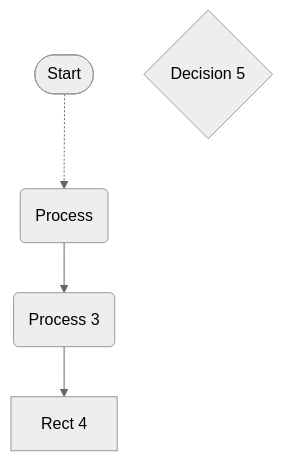
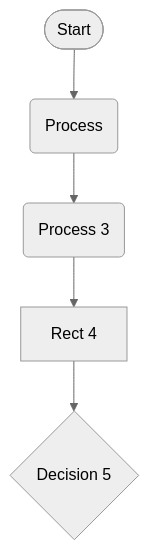
One commit to pingpm/mermaid_vault changed the diagram in mmd/流程图1_bce12562-173a-469d-af23-0a7174f9f99f.mmd. Above: the diagram before and after it, drawn with Mermaid (neutral theme). The commit also changed 4 other files, not shown here.

Commit message:
Sync Mermaid Studio data (14 diagrams)

```diff
--- a/mmd/流程图1_bce12562-173a-469d-af23-0a7174f9f99f.mmd
+++ b/mmd/流程图1_bce12562-173a-469d-af23-0a7174f9f99f.mmd
@@ -1,9 +1,10 @@
 flowchart TD
   start(["Start"])
   1("Process")
   c6c59789-c1c6-4f40-b71e-37e621c2905e("Process 3")
   e555e08a-bfc9-47f3-9a7f-eaa219d94710["Rect 4"]
   d900c80b-cacd-4d95-b9a7-b296318b0ecc{"Decision 5"}
-  start -.-> 1
+  start --> 1
   1 --> c6c59789-c1c6-4f40-b71e-37e621c2905e
   c6c59789-c1c6-4f40-b71e-37e621c2905e --> e555e08a-bfc9-47f3-9a7f-eaa219d94710
+  e555e08a-bfc9-47f3-9a7f-eaa219d94710 --> d900c80b-cacd-4d95-b9a7-b296318b0ecc
```
